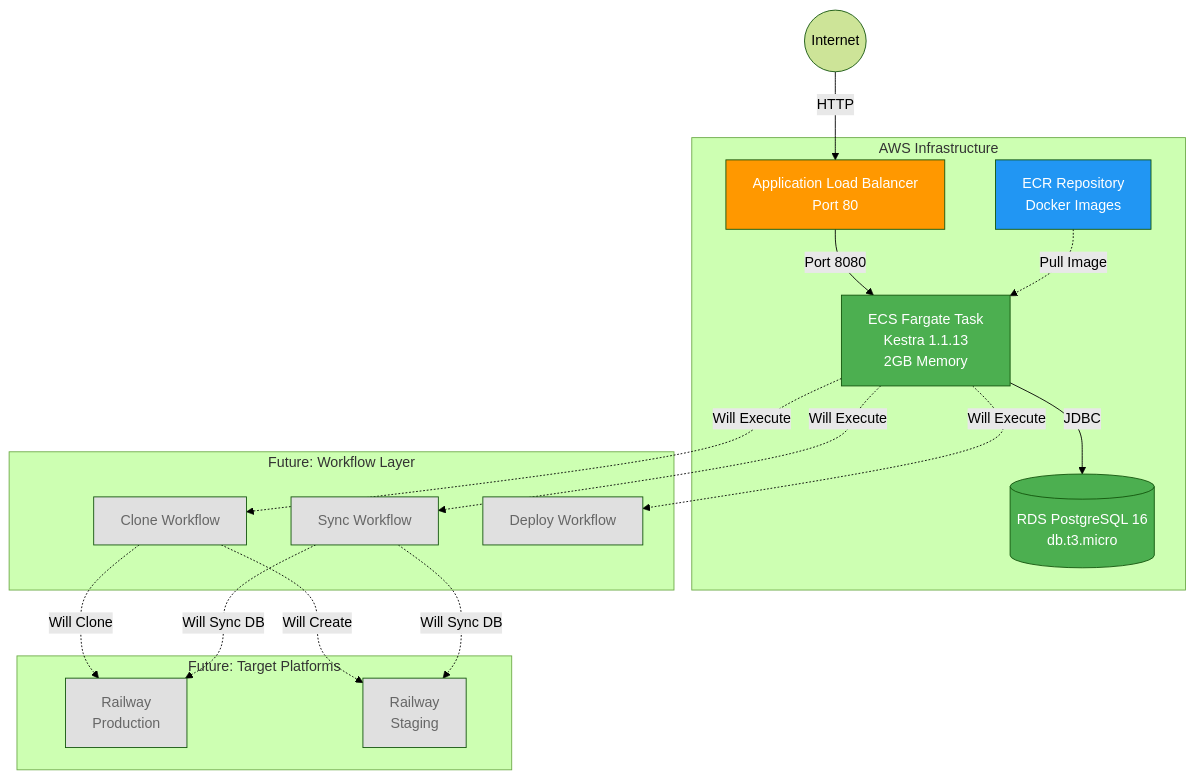
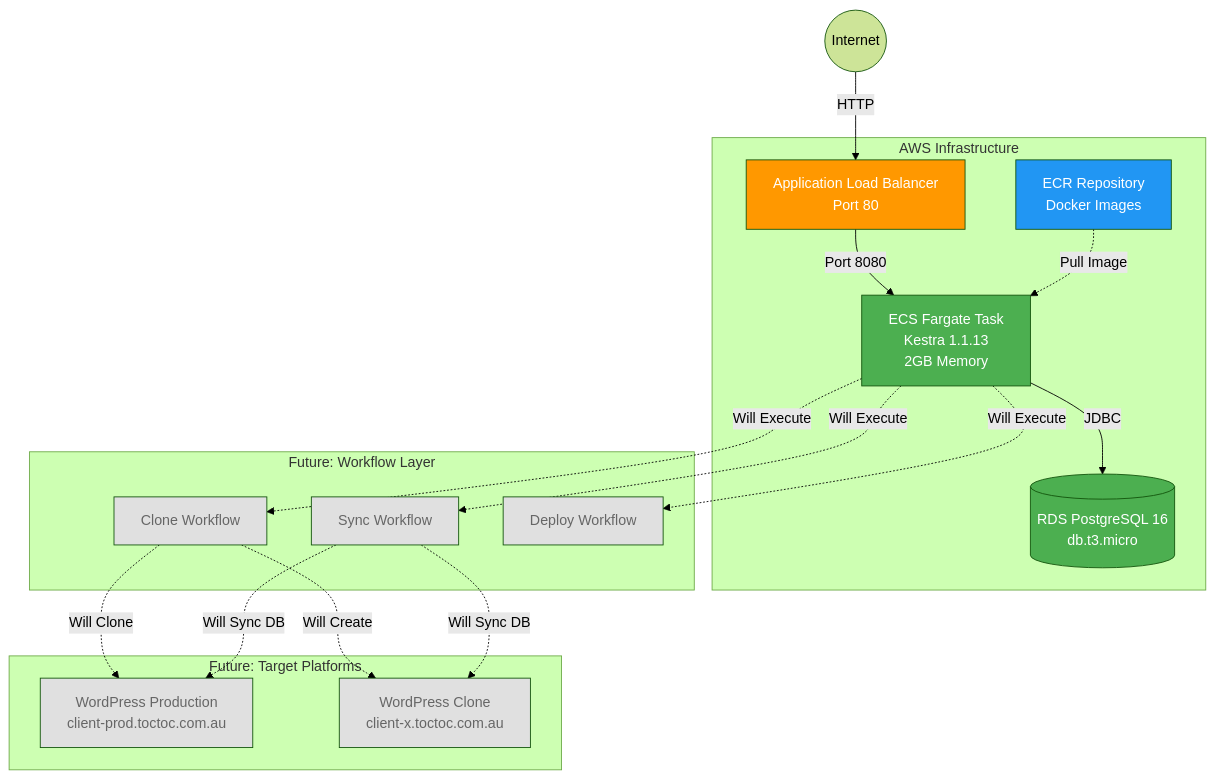
The second of 2 diagrams in README.md (bonnelAI/Webdevai-infrastructure), drawn with Mermaid (forest theme) before and after one commit. The commit also changed other lines of this file, not shown here.

First line of the commit message:
docs: Update planned features to reflect WordPress cloning with custom domains

````diff
--- a/README.md
+++ b/README.md
@@ -93,44 +94,44 @@
 ```mermaid
 graph TB
     subgraph "AWS Infrastructure"
         ALB[Application Load Balancer<br/>Port 80]
         ECS[ECS Fargate Task<br/>Kestra 1.1.13<br/>2GB Memory]
         RDS[(RDS PostgreSQL 16<br/>db.t3.micro)]
         ECR[ECR Repository<br/>Docker Images]
     end
     
     subgraph "Future: Workflow Layer"
         K1[Clone Workflow]
         K2[Sync Workflow]
         K3[Deploy Workflow]
     end
     
     subgraph "Future: Target Platforms"
-        R1[Railway<br/>Production]
-        R2[Railway<br/>Staging]
+        W1[WordPress Production<br/>client-prod.toctoc.com.au]
+        W2[WordPress Clone<br/>client-x.toctoc.com.au]
     end
     
     Internet((Internet)) -->|HTTP| ALB
     ALB -->|Port 8080| ECS
     ECS -->|JDBC| RDS
     ECR -.->|Pull Image| ECS
     
     ECS -.->|Will Execute| K1
     ECS -.->|Will Execute| K2
     ECS -.->|Will Execute| K3
     
-    K1 -.->|Will Clone| R1
-    K1 -.->|Will Create| R2
-    K2 -.->|Will Sync DB| R1
-    K2 -.->|Will Sync DB| R2
+    K1 -.->|Will Clone| W1
+    K1 -.->|Will Create| W2
+    K2 -.->|Will Sync DB| W1
+    K2 -.->|Will Sync DB| W2
     
     style ALB fill:#FF9800,color:#fff
     style ECS fill:#4CAF50,color:#fff
     style RDS fill:#4CAF50,color:#fff
     style ECR fill:#2196F3,color:#fff
     style K1 fill:#E0E0E0,color:#666
     style K2 fill:#E0E0E0,color:#666
     style K3 fill:#E0E0E0,color:#666
-    style R1 fill:#E0E0E0,color:#666
-    style R2 fill:#E0E0E0,color:#666
+    style W1 fill:#E0E0E0,color:#666
+    style W2 fill:#E0E0E0,color:#666
 ```
````
